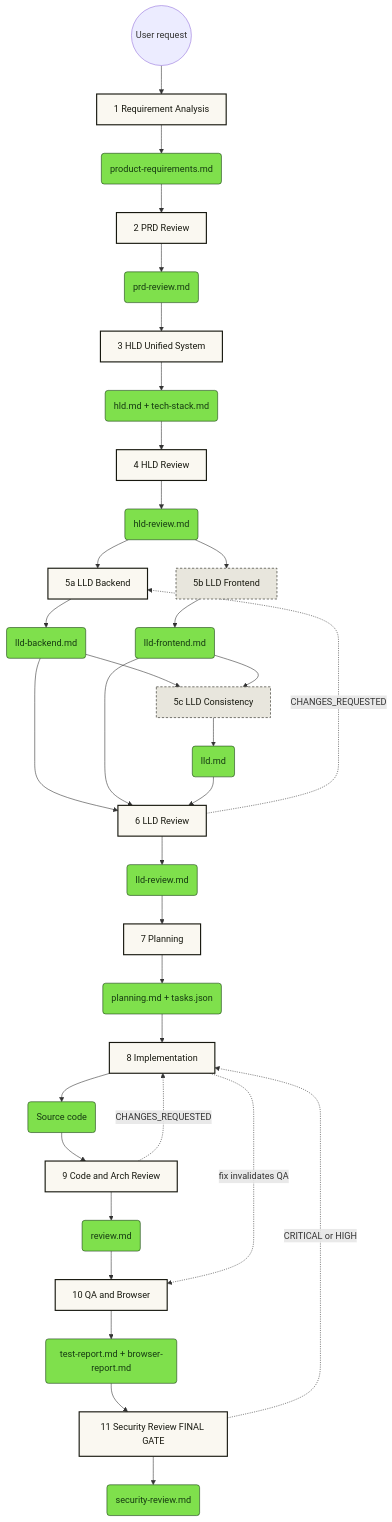
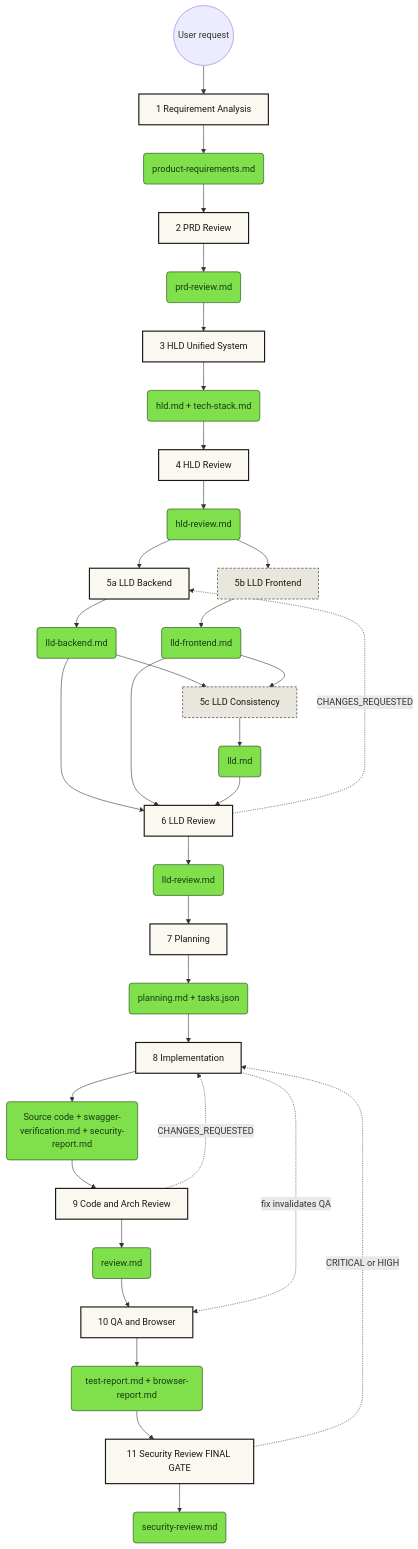
Before and after one commit to shriyansh0703/FMS: the diagram in .ai/README.md, drawn with Mermaid. The commit also changed other lines of this file and 9 other files, not shown here.

````diff
--- a/.ai/README.md
+++ b/.ai/README.md
@@ -44,41 +44,41 @@
 ```mermaid
 graph TD
     classDef stage fill:#faf8f1,stroke:#17180f,stroke-width:2px,color:#17180f
     classDef artifact fill:#7fe04c,stroke:#163b12,stroke-width:1px,color:#163b12
     classDef opt fill:#e8e6dd,stroke:#17180f,stroke-width:1px,color:#17180f,stroke-dasharray: 4 3
 
     User((User request)) --> S1
     S1[1 Requirement Analysis]:::stage --> A1(product-requirements.md):::artifact
     A1 --> S2[2 PRD Review]:::stage --> A2(prd-review.md):::artifact
 
     A2 --> S3[3 HLD Unified System]:::stage
     S3 --> A3(hld.md + tech-stack.md):::artifact
 
     A3 --> S4[4 HLD Review]:::stage
     S4 --> A4(hld-review.md):::artifact
 
     A4 --> S5a[5a LLD Backend]:::stage
     A4 --> S5b[5b LLD Frontend]:::opt
     S5a --> A5a(lld-backend.md):::artifact
     S5b --> A5b(lld-frontend.md):::artifact
 
     A5a --> S5c[5c LLD Consistency]:::opt
     A5b --> S5c
     S5c --> A5c(lld.md):::artifact
 
     A5a --> S6[6 LLD Review]:::stage
     A5b --> S6
     A5c --> S6
     S6 --> A6(lld-review.md):::artifact
 
     A6 --> S7[7 Planning]:::stage --> A7(planning.md + tasks.json):::artifact
-    A7 --> S8[8 Implementation]:::stage --> A8(Source code):::artifact
+    A7 --> S8[8 Implementation]:::stage --> A8(Source code + swagger-verification.md + security-report.md):::artifact
     A8 --> S9[9 Code and Arch Review]:::stage --> A9(review.md):::artifact
     A9 --> S10[10 QA and Browser]:::stage --> A10(test-report.md + browser-report.md):::artifact
     A10 --> S11[11 Security Review FINAL GATE]:::stage --> A11(security-review.md):::artifact
 
     S6 -.->|CHANGES_REQUESTED| S5a
     S9 -.->|CHANGES_REQUESTED| S8
     S11 -.->|CRITICAL or HIGH| S8
     S8 -.->|fix invalidates QA| S10
 ```
````
